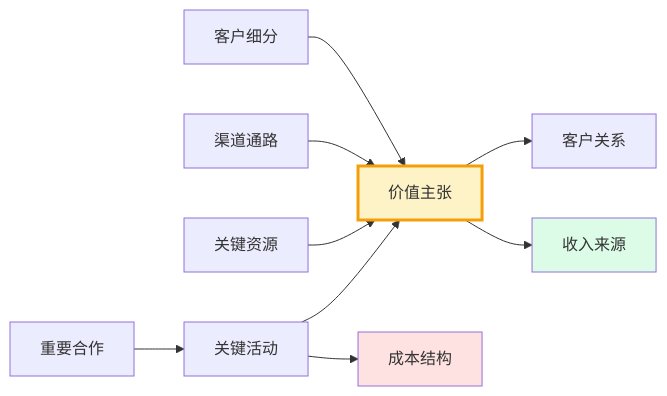
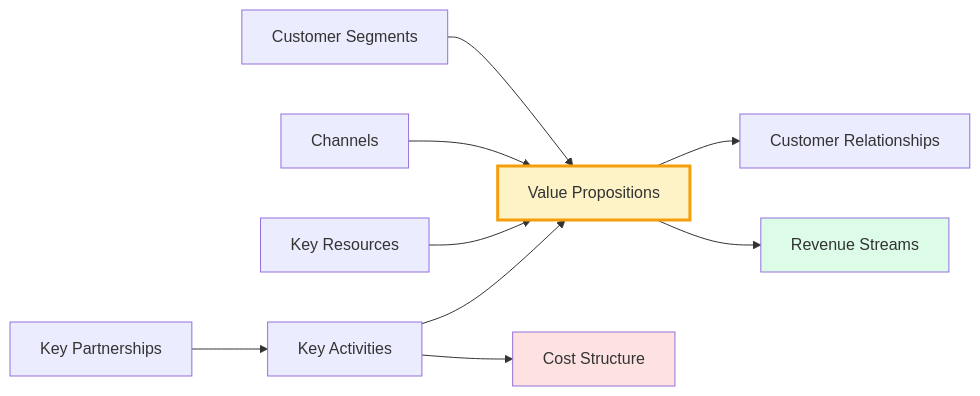
One commit to zrxparley/business-model-canvas-agents changed the first of 2 diagrams in README.md. Above: the diagram before and after it, drawn with Mermaid. The commit also changed other lines of this file and 6 other files, not shown here.

````diff
--- a/README.md
+++ b/README.md
@@ -123,14 +126,14 @@
 ```mermaid
 flowchart LR
-    CS[客户细分] --> VP[价值主张]
-    CH[渠道通路] --> VP
-    KR[关键资源] --> VP
-    KA[关键活动] --> VP
-    VP --> CR[客户关系]
-    VP --> RS[收入来源]
-    KP[重要合作] --> KA
-    KA --> CST[成本结构]
+    CS[Customer Segments] --> VP[Value Propositions]
+    CH[Channels] --> VP
+    KR[Key Resources] --> VP
+    KA[Key Activities] --> VP
+    VP --> CR[Customer Relationships]
+    VP --> RS[Revenue Streams]
+    KP[Key Partnerships] --> KA
+    KA --> CST[Cost Structure]
     style VP fill:#fef3c7,stroke:#f59e0b,stroke-width:3px
     style RS fill:#dcfce7
     style CST fill:#fee2e2
 ```
````
